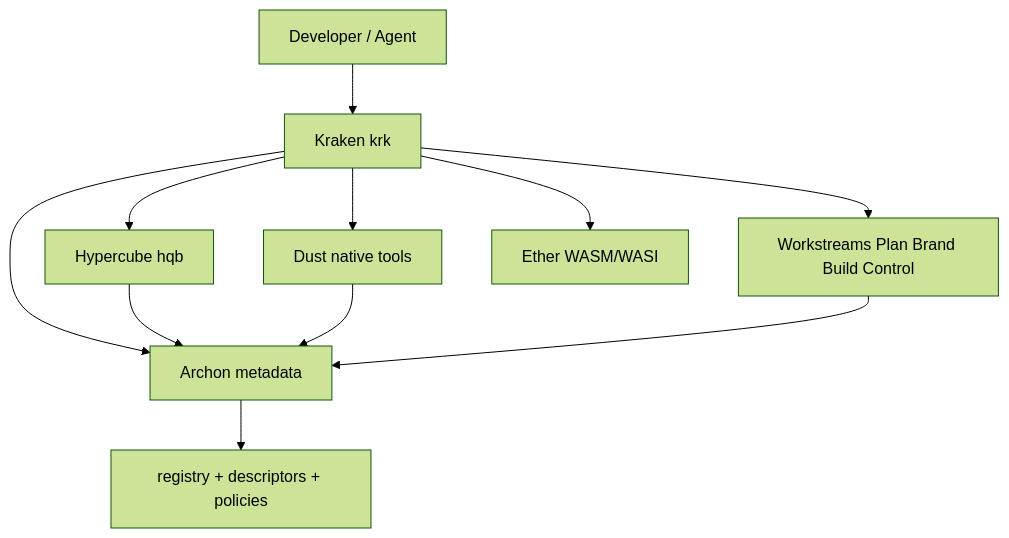
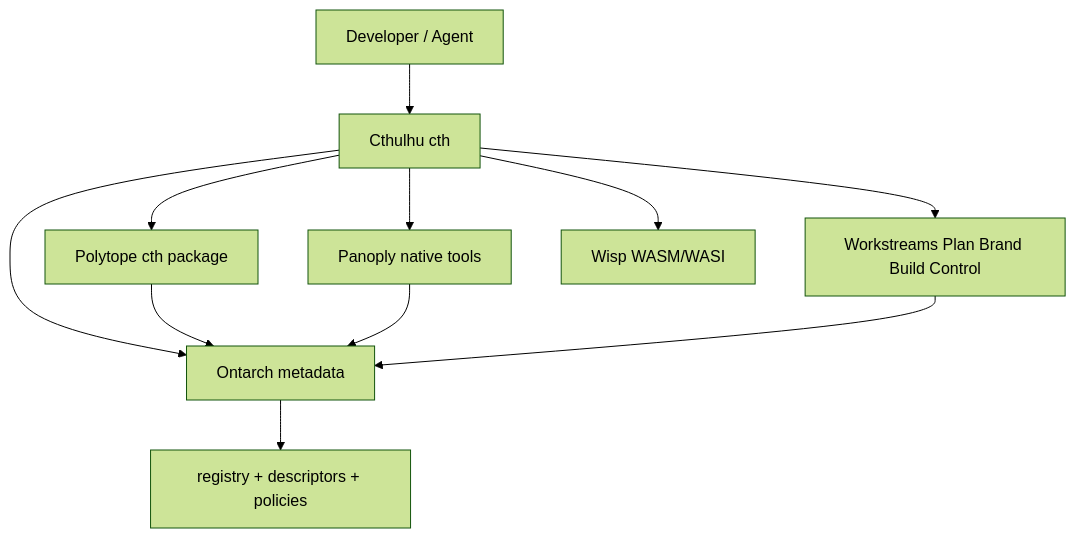
Before and after one commit to luckgrid/wfos: the diagram in docs/architecture.md, drawn with Mermaid (forest theme). The commit also changed other lines of this file and 264 other files, not shown here.

````diff
--- a/docs/architecture.md
+++ b/docs/architecture.md
@@ -74,14 +74,14 @@
 ```mermaid
 flowchart TD
   WS[Workstreams Plan Brand Build Control]
-  Dev[Developer / Agent] --> KRK[Kraken krk]
-  KRK --> WS
-  KRK --> CX[Archon metadata]
-  KRK --> HQB[Hypercube hqb]
-  KRK --> DUST[Dust native tools]
-  KRK --> ETH[Ether WASM/WASI]
-  HQB --> CX
-  DUST --> CX
+  Dev[Developer / Agent] --> CTH[Cthulhu cth]
+  CTH --> WS
+  CTH --> CX[Ontarch metadata]
+  CTH --> PLT[Polytope cth package]
+  CTH --> PANOPLY[Panoply native tools]
+  CTH --> WSP[Wisp WASM/WASI]
+  PLT --> CX
+  PANOPLY --> CX
   WS --> CX
   CX --> Reg[registry + descriptors + policies]
 ```
````
